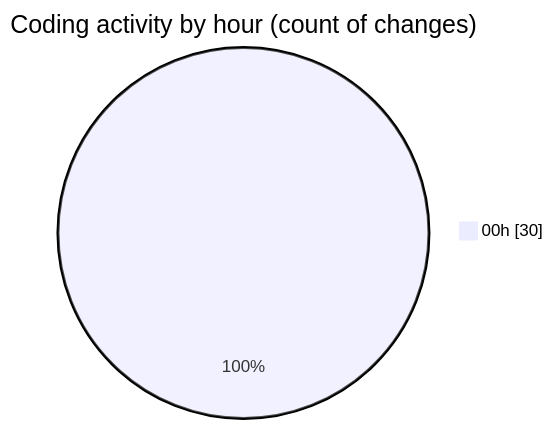
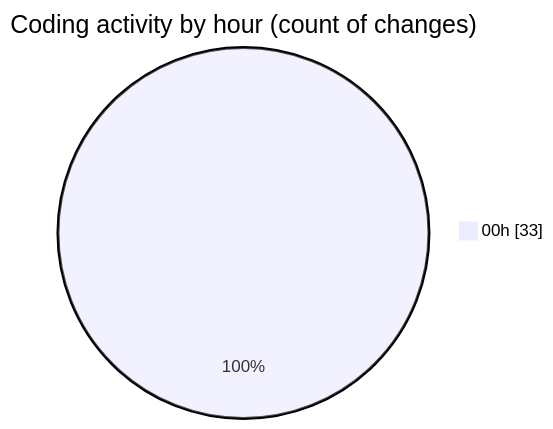
Before and after one commit to donsfak/code-tracking: the second of 2 diagrams in 2025-03-08/uber_clone/README.md, drawn with Mermaid. The commit also changed other lines of this file and 1 other file, not shown here.

````diff
--- a/2025-03-08/uber_clone/README.md
+++ b/2025-03-08/uber_clone/README.md
@@ -29,5 +29,5 @@
 ```mermaid
 pie showData
 title Coding activity by hour (count of changes)
-"00h" : 30
+"00h" : 33
 ```
````
